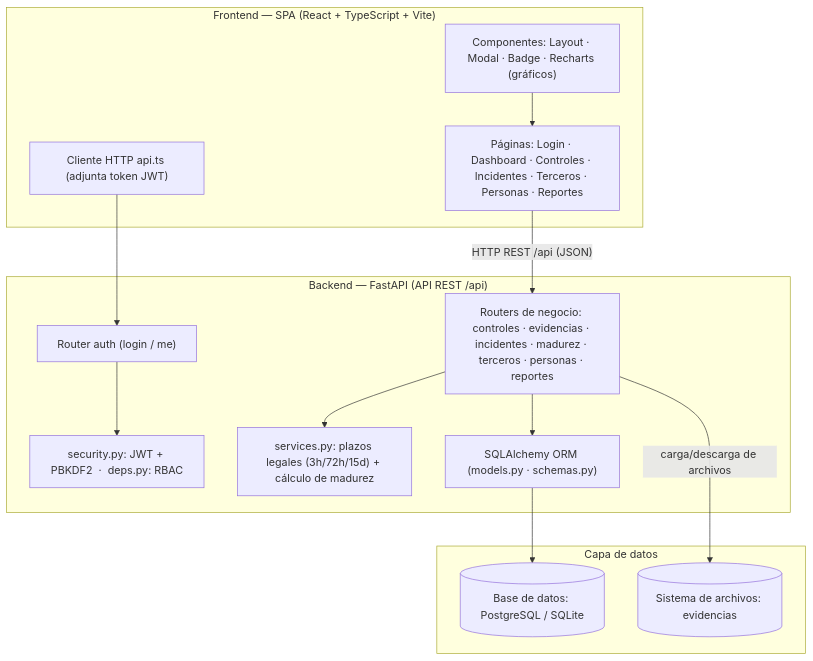
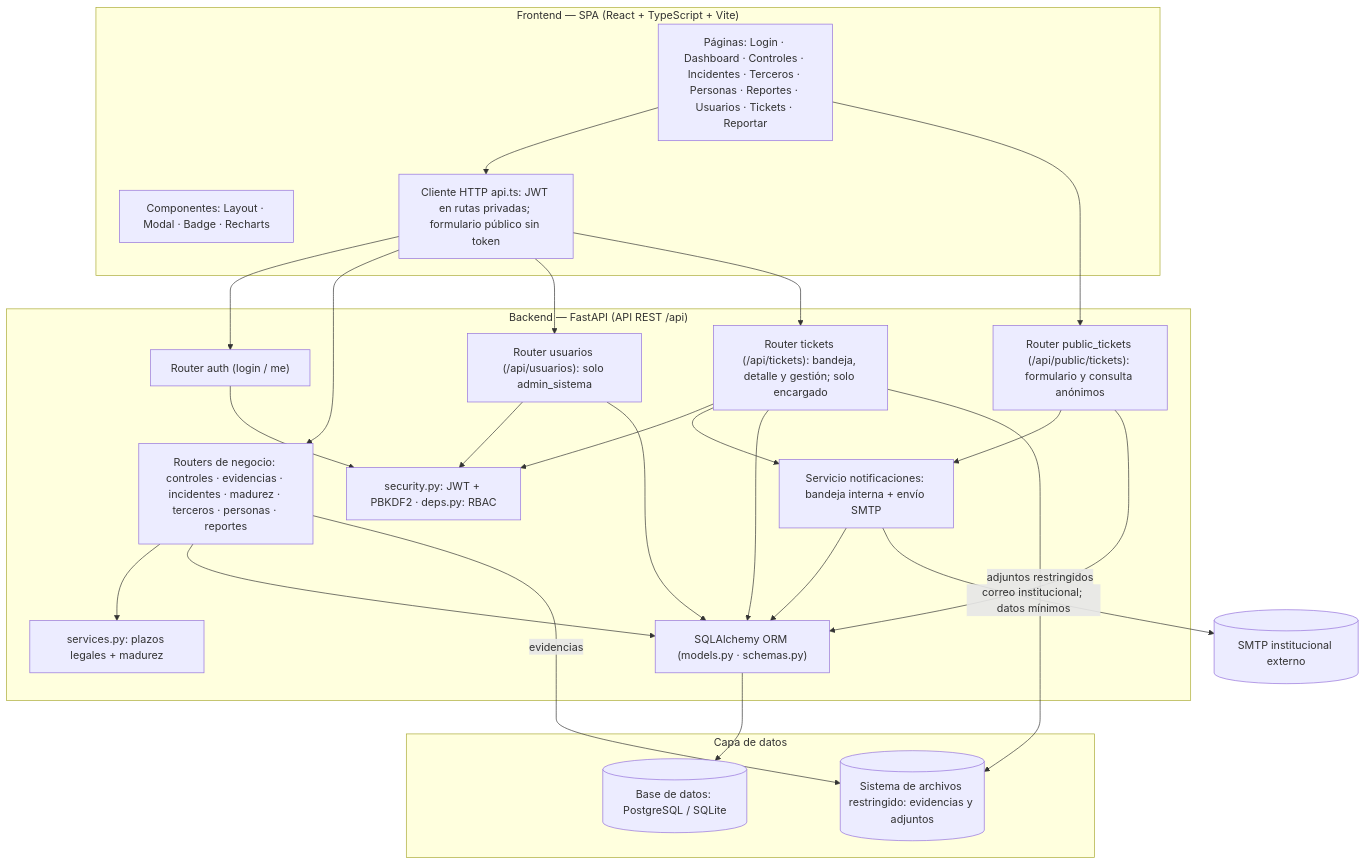
One commit to pbahamondez-inacap/proyectotitulo-inacap-Pbahamondez changed the second of 2 diagrams in Documentacion/Entregas/U2-Desarrollo_e_Implementacion/04_uml_casos_de_uso_y_componentes.md. Above: the diagram before and after it, drawn with Mermaid. The commit also changed other lines of this file and 85 other files, not shown here.

````diff
--- a/Documentacion/Entregas/U2-Desarrollo_e_Implementacion/04_uml_casos_de_uso_y_componentes.md
+++ b/Documentacion/Entregas/U2-Desarrollo_e_Implementacion/04_uml_casos_de_uso_y_componentes.md
@@ -172,30 +276,48 @@
 ```mermaid
 flowchart TB
     subgraph FRONT["Frontend — SPA (React + TypeScript + Vite)"]
-        PAGES["Páginas: Login · Dashboard · Controles · Incidentes · Terceros · Personas · Reportes"]
-        UI["Componentes: Layout · Modal · Badge · Recharts (gráficos)"]
-        CLIENT["Cliente HTTP api.ts (adjunta token JWT)"]
+        PAGES["Páginas: Login · Dashboard · Controles · Incidentes · Terceros · Personas · Reportes · Usuarios · Tickets · Reportar"]
+        UI["Componentes: Layout · Modal · Badge · Recharts"]
+        CLIENT["Cliente HTTP api.ts: JWT en rutas privadas; formulario público sin token"]
     end
 
     subgraph BACK["Backend — FastAPI (API REST /api)"]
         AUTH["Router auth (login / me)"]
         ROUTERS["Routers de negocio: controles · evidencias · incidentes · madurez · terceros · personas · reportes"]
-        SEC["security.py: JWT + PBKDF2  ·  deps.py: RBAC"]
-        SVC["services.py: plazos legales (3h/72h/15d) + cálculo de madurez"]
+        USERS["Router usuarios (/api/usuarios): solo admin_sistema"]
+        TICKETS["Router tickets (/api/tickets): bandeja, detalle y gestión; solo encargado"]
+        PUBLIC["Router public_tickets (/api/public/tickets): formulario y consulta anónimos"]
+        SEC["security.py: JWT + PBKDF2 · deps.py: RBAC"]
+        SVC["services.py: plazos legales + madurez"]
+        NOTIFY["Servicio notificaciones: bandeja interna + envío SMTP"]
         ORM["SQLAlchemy ORM (models.py · schemas.py)"]
     end
 
     subgraph DATA["Capa de datos"]
         DB[("Base de datos: PostgreSQL / SQLite")]
-        FS[("Sistema de archivos: evidencias")]
+        FS[("Sistema de archivos restringido: evidencias y adjuntos")]
     end
+    SMTP[("SMTP institucional externo")]
 
-    PAGES -->|"HTTP REST /api (JSON)"| ROUTERS
-    UI --> PAGES
+    PAGES --> CLIENT
     CLIENT --> AUTH
+    CLIENT --> ROUTERS
+    CLIENT --> USERS
+    CLIENT --> TICKETS
+    PAGES --> PUBLIC
     AUTH --> SEC
+    USERS --> SEC
+    TICKETS --> SEC
     ROUTERS --> SVC
+    TICKETS --> NOTIFY
+    PUBLIC --> NOTIFY
     ROUTERS --> ORM
+    USERS --> ORM
+    TICKETS --> ORM
+    PUBLIC --> ORM
+    NOTIFY --> ORM
+    NOTIFY -->|"correo institucional; datos mínimos"| SMTP
     ORM --> DB
-    ROUTERS -->|"carga/descarga de archivos"| FS
+    ROUTERS -->|"evidencias"| FS
+    TICKETS -->|"adjuntos restringidos"| FS
 ```
````
